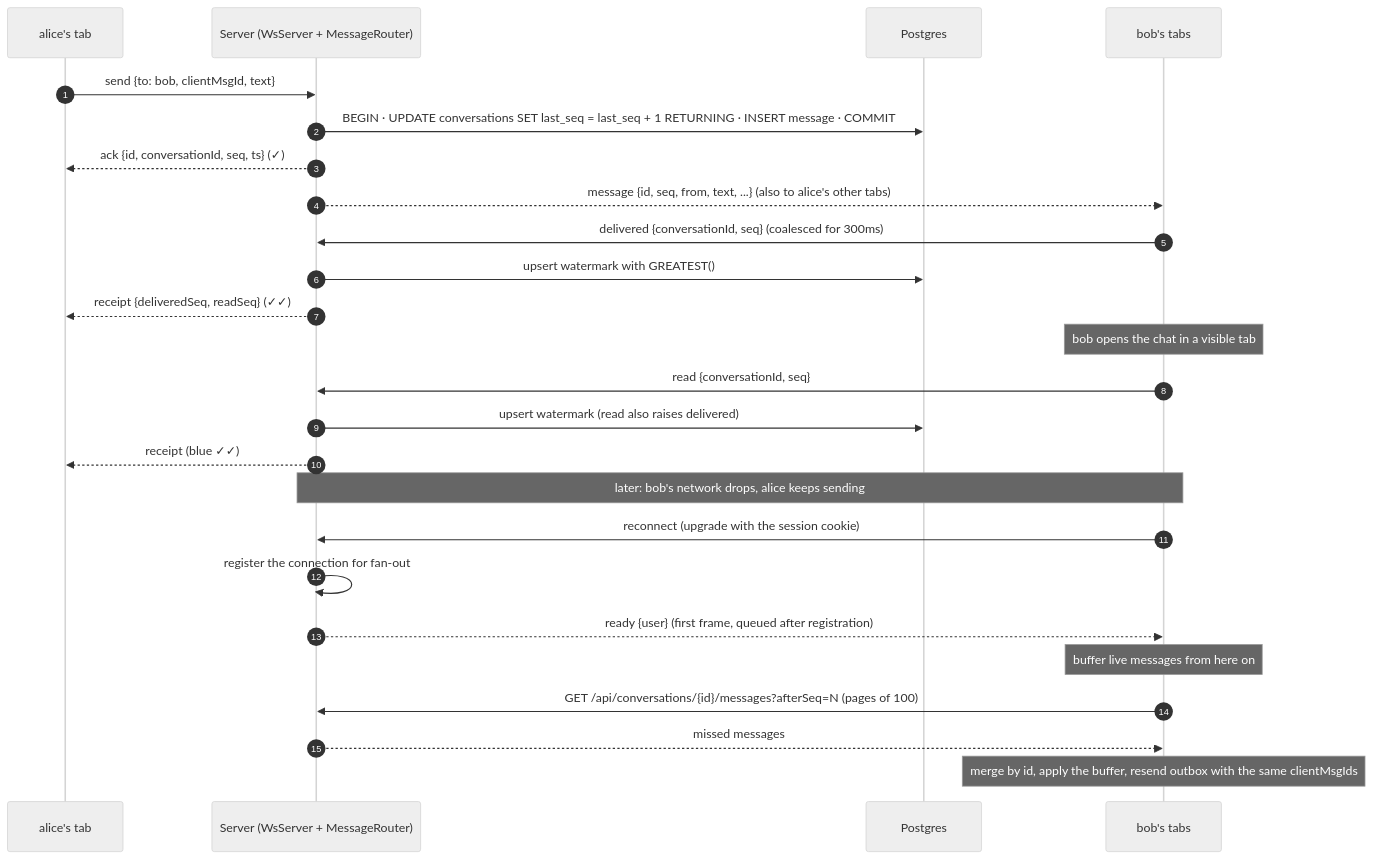
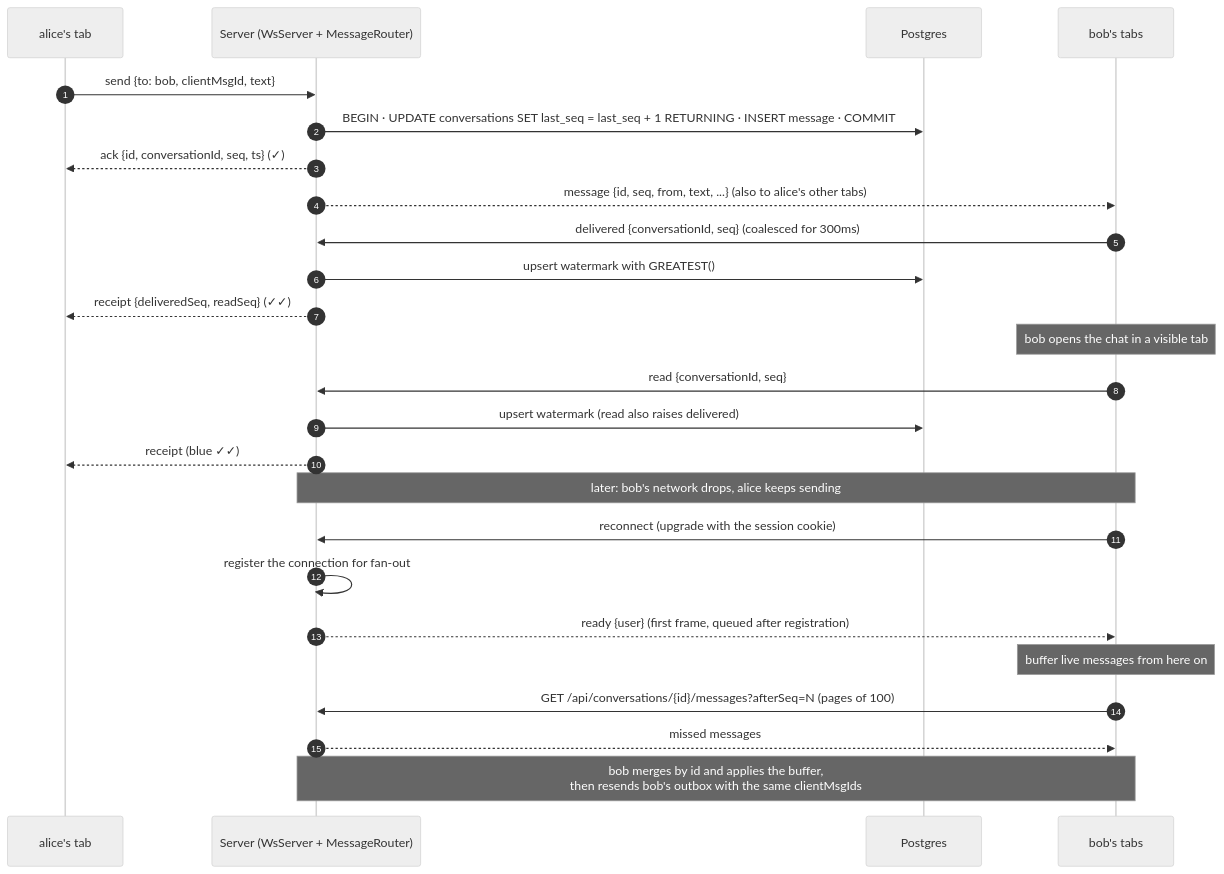
The second of 2 diagrams in README.md (fnotess/realtime-chat), drawn with Mermaid (neutral theme) before and after one commit.

Commit message:
readme update

````diff
--- a/README.md
+++ b/README.md
@@ -120,29 +120,29 @@
 ```mermaid
 sequenceDiagram
     autonumber
     participant A as alice's tab
     participant S as Server (WsServer + MessageRouter)
     participant DB as Postgres
     participant B as bob's tabs
 
     A->>S: send {to: bob, clientMsgId, text}
     S->>DB: BEGIN · UPDATE conversations SET last_seq = last_seq + 1 RETURNING · INSERT message · COMMIT
     S-->>A: ack {id, conversationId, seq, ts}  (✓)
     S-->>B: message {id, seq, from, text, ...}  (also to alice's other tabs)
     B->>S: delivered {conversationId, seq}  (coalesced for 300ms)
     S->>DB: upsert watermark with GREATEST()
     S-->>A: receipt {deliveredSeq, readSeq}  (✓✓)
     Note over B: bob opens the chat in a visible tab
     B->>S: read {conversationId, seq}
     S->>DB: upsert watermark (read also raises delivered)
     S-->>A: receipt  (blue ✓✓)
 
     Note over B,S: later: bob's network drops, alice keeps sending
     B->>S: reconnect (upgrade with the session cookie)
     S->>S: register the connection for fan-out
     S-->>B: ready {user}  (first frame, queued after registration)
     Note over B: buffer live messages from here on
     B->>S: GET /api/conversations/{id}/messages?afterSeq=N (pages of 100)
     S-->>B: missed messages
-    Note over B: merge by id, apply the buffer, resend outbox with the same clientMsgIds
+    Note over S,B: bob merges by id and applies the buffer,<br/>then resends bob's outbox with the same clientMsgIds
 ```
````
